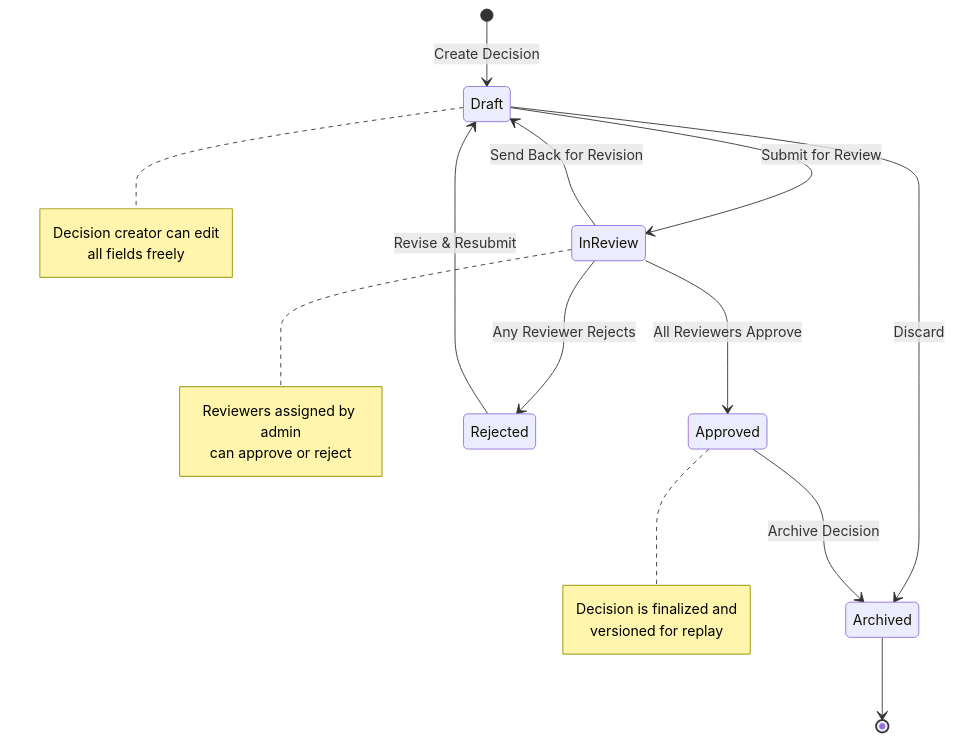
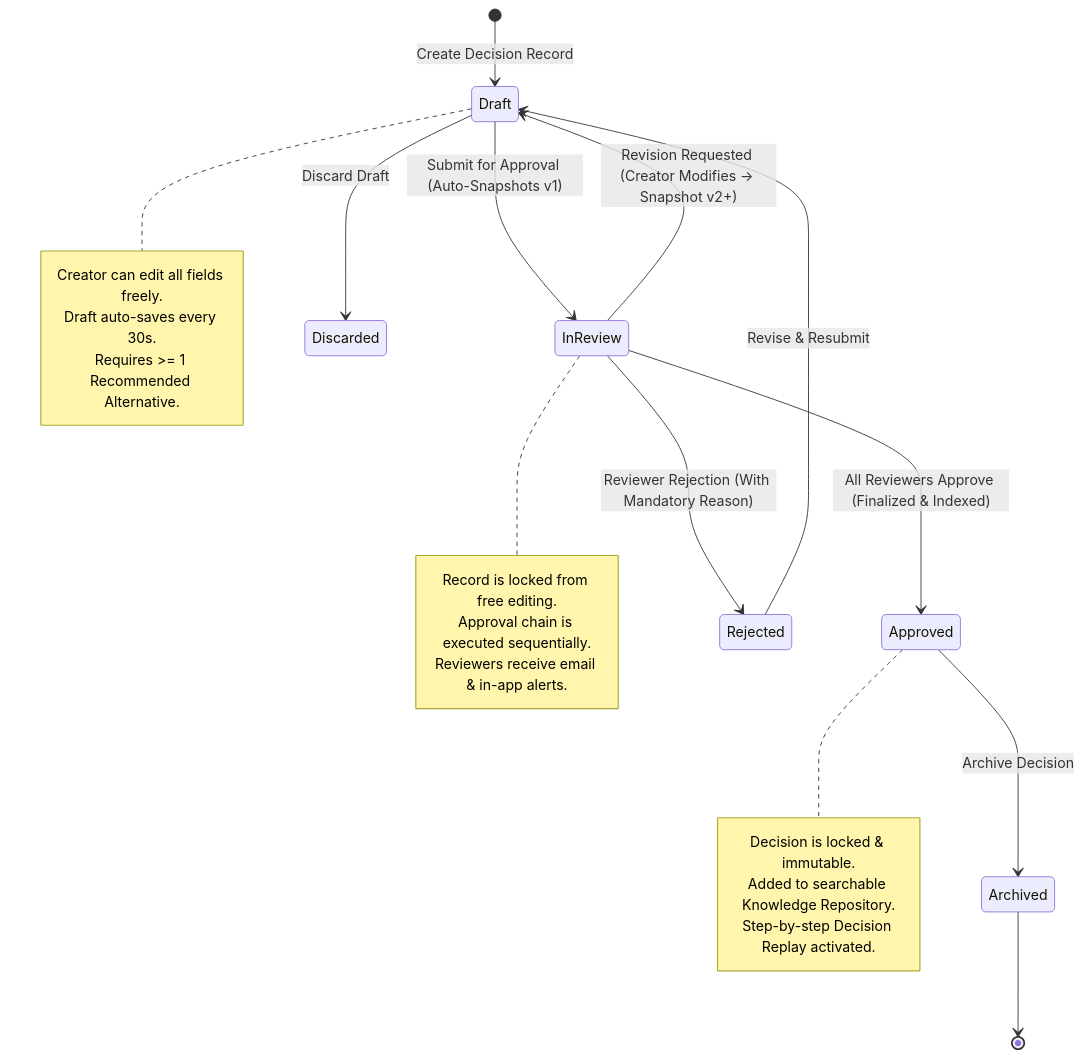
One commit to KoppalaNaveen/expertdecision changed the third of 4 diagrams in README.md. Above: the diagram before and after it, drawn with Mermaid. The commit also changed other lines of this file and 26 other files, not shown here.

````diff
--- a/README.md
+++ b/README.md
@@ -272,31 +327,33 @@
 ```mermaid
 stateDiagram-v2
-    [*] --> Draft: Create Decision
+    [*] --> Draft: Create Decision Record
+    
+    Draft --> InReview: Submit for Approval (Auto-Snapshots v1)
+    Draft --> Discarded: Discard Draft
 
-    Draft --> InReview: Submit for Review
-    Draft --> Archived: Discard
-
-    InReview --> Approved: All Reviewers Approve
-    InReview --> Rejected: Any Reviewer Rejects
-    InReview --> Draft: Send Back for Revision
+    InReview --> Approved: All Reviewers Approve (Finalized & Indexed)
+    InReview --> Rejected: Reviewer Rejection (With Mandatory Reason)
+    InReview --> Draft: Revision Requested (Creator Modifies -> Snapshot v2+)
 
     Approved --> Archived: Archive Decision
     Rejected --> Draft: Revise & Resubmit
-
     Archived --> [*]
 
     note right of Draft
-        Decision creator can edit
-        all fields freely
+        Creator can edit all fields freely.
+        Draft auto-saves every 30s.
+        Requires >= 1 Recommended Alternative.
     end note
 
     note right of InReview
-        Reviewers assigned by admin
-        can approve or reject
+        Record is locked from free editing.
+        Approval chain is executed sequentially.
+        Reviewers receive email & in-app alerts.
     end note
 
     note right of Approved
-        Decision is finalized and
-        versioned for replay
+        Decision is locked & immutable.
+        Added to searchable Knowledge Repository.
+        Step-by-step Decision Replay activated.
     end note
 ```
````
